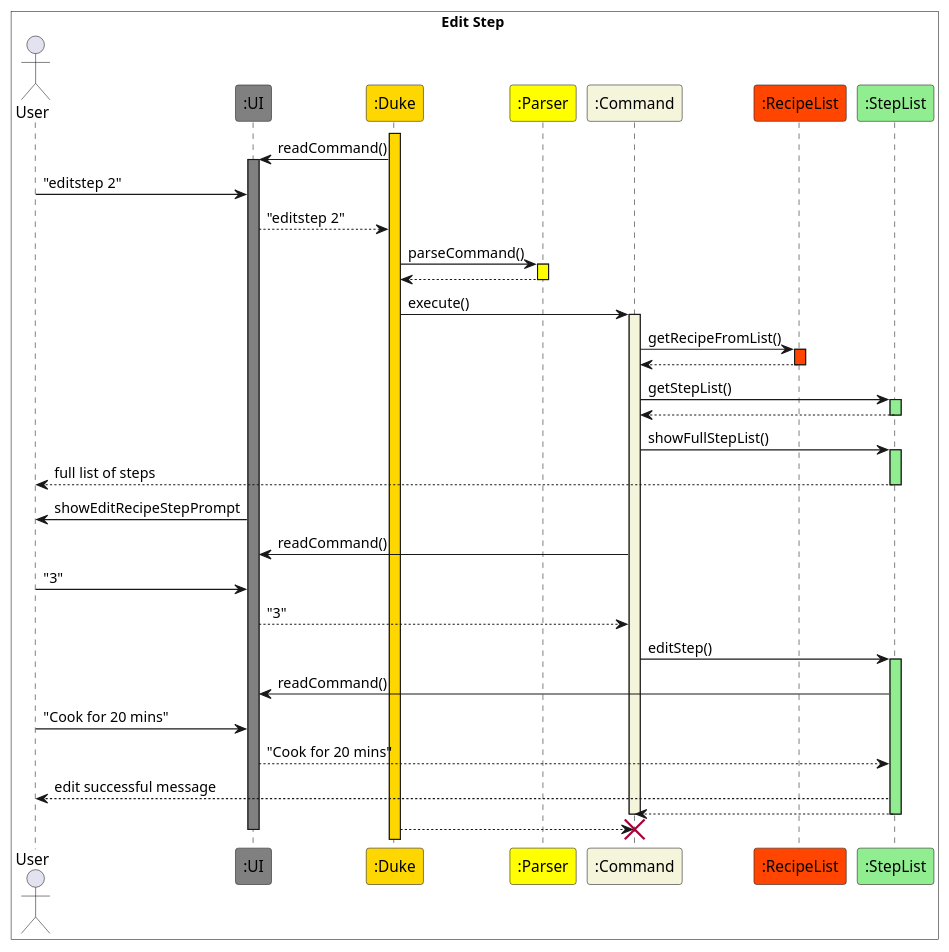
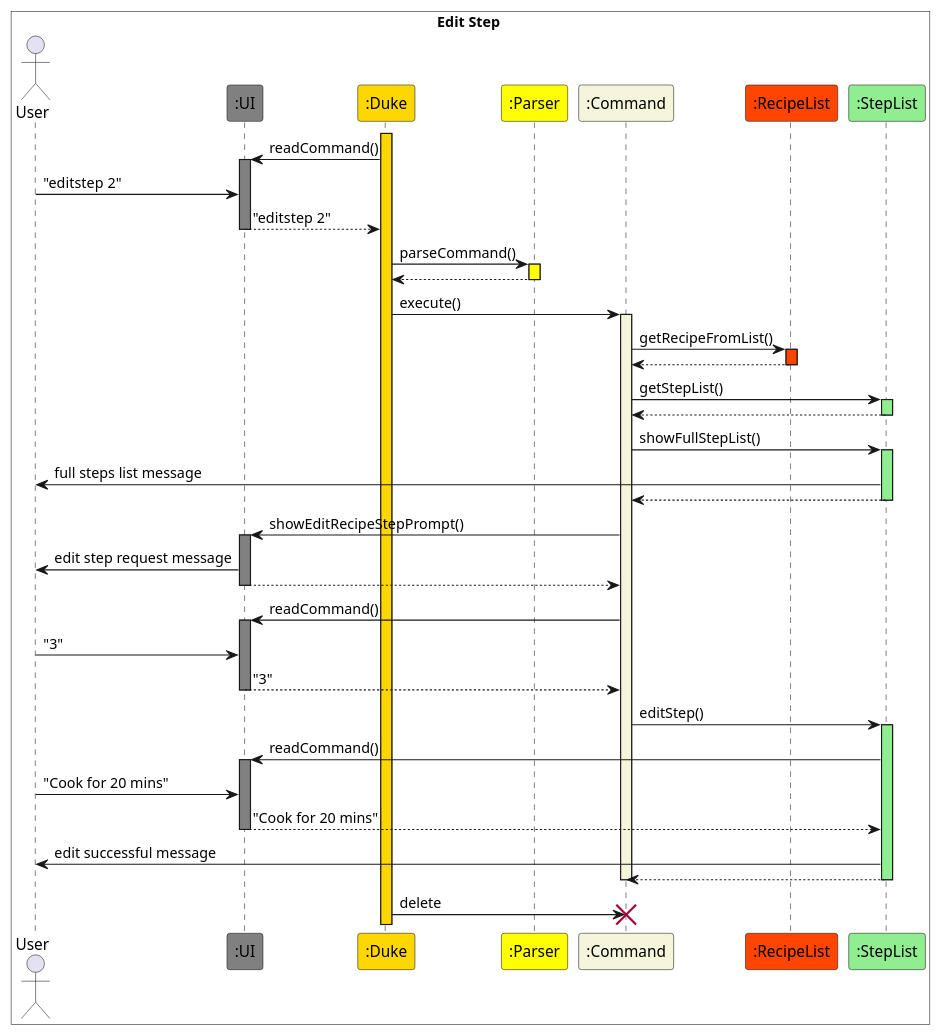
The diagram in docs/PlantUML/EditRecipeSteps.puml (nus-cs2113-AY2223S2/tp), drawn with PlantUML before and after one commit. The commit also changed 15 other files, not shown here.

Commit message:
Fixes sequence diagrams and DG format with InvalidInputCharacterException add (missed in previous commit)

```diff
--- a/docs/PlantUML/EditRecipeSteps.puml
+++ b/docs/PlantUML/EditRecipeSteps.puml
@@ -1,54 +1,62 @@
 @startuml Edit Step
 box Edit Step #White
 Actor User
 participant ":UI" as UI #Gray
 participant ":Duke" as Duke #Gold
 participant ":Parser" as Parser #Yellow
 participant ":Command" as Command1 #Beige
 participant ":RecipeList" as RecipeList #OrangeRed
 participant ":StepList" as StepList #LightGreen
 end box
 
 activate Duke #Gold
 Duke -> UI : readCommand()
 activate UI #Gray
 User -> UI : "editstep 2"
 UI --> Duke : "editstep 2"
+deactivate UI
 Duke -> Parser : parseCommand()
 activate Parser #Yellow
 Parser --> Duke
 deactivate Parser
 Duke -> Command1 : execute()
 activate Command1 #Beige
 Command1 -> RecipeList : getRecipeFromList()
 activate RecipeList #OrangeRed
 RecipeList --> Command1
 deactivate RecipeList
 Command1 -> StepList: getStepList()
 activate StepList #LightGreen
 StepList --> Command1
 deactivate StepList
 Command1 -> StepList : showFullStepList()
 activate StepList #LightGreen
-
-StepList --> User : full list of steps
+StepList -> User : full steps list message
+StepList --> Command1
 deactivate StepList
-UI -> User : showEditRecipeStepPrompt
+Command1 -> UI : showEditRecipeStepPrompt()
+activate UI #Gray
+UI -> User : edit step request message
+UI --> Command1
+deactivate UI
 Command1 -> UI : readCommand()
+activate UI #Gray
 User -> UI : "3"
 UI --> Command1 : "3"
+deactivate UI
 Command1 -> StepList : editStep()
 activate StepList #LightGreen
 StepList -> UI : readCommand()
+activate UI #Gray
 User -> UI : "Cook for 20 mins"
 UI --> StepList : "Cook for 20 mins"
-StepList --> User : edit successful message
+deactivate UI
+StepList -> User : edit successful message
 StepList --> Command1
 deactivate StepList
 deactivate Command1
-Duke --> Command1
+Duke -> Command1 : delete
 destroy Command1
-deactivate UI
 
 
 @enduml
```
